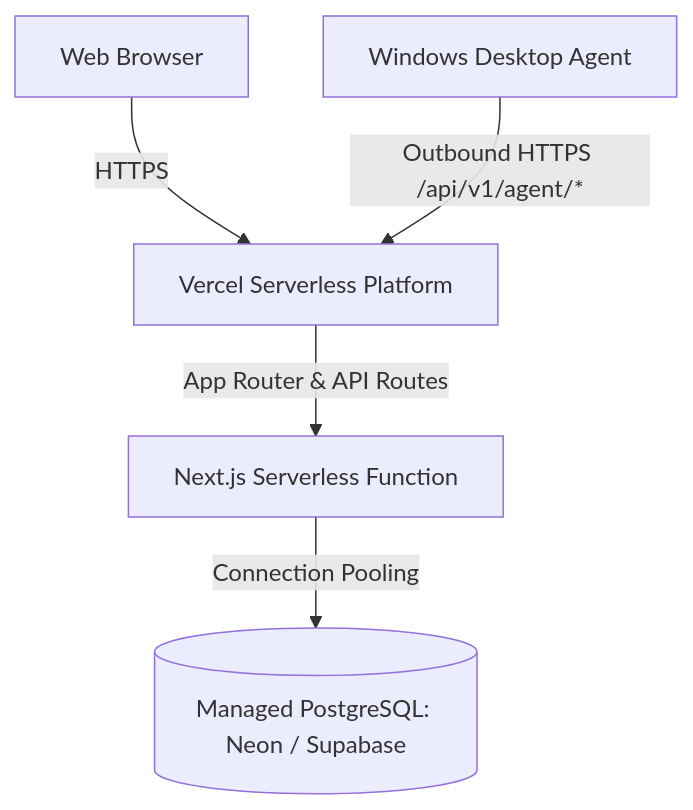
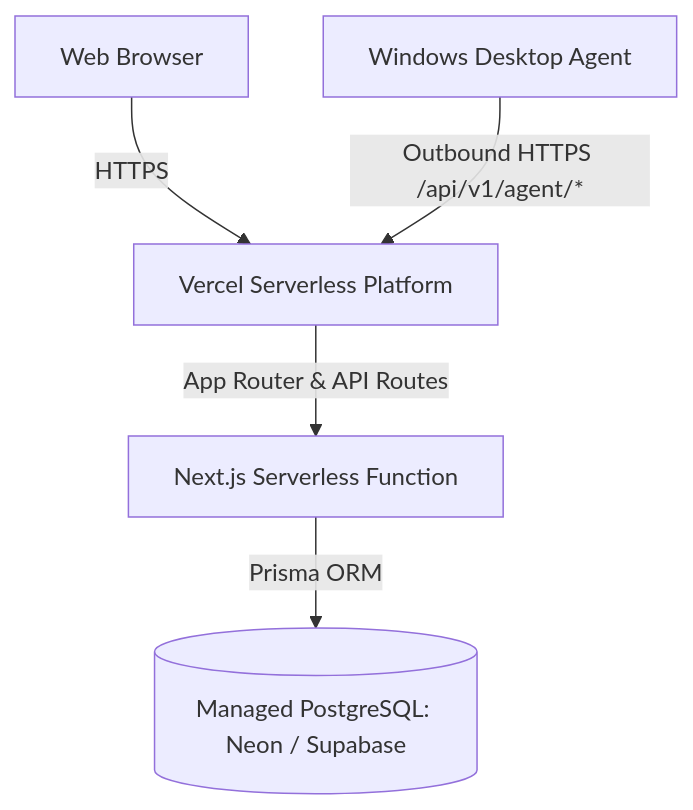
Before and after one commit to sandunbandara978-rgb/UpdatePilot: the diagram in docs/DEPLOYMENT.md, drawn with Mermaid. The commit also changed other lines of this file and 67 other files, not shown here.

````diff
--- a/docs/DEPLOYMENT.md
+++ b/docs/DEPLOYMENT.md
@@ -6,8 +6,8 @@
 ```mermaid
 graph TD
     Client[Web Browser] -->|HTTPS| VercelEdge[Vercel Serverless Platform]
     VercelEdge -->|App Router & API Routes| NextServer[Next.js Serverless Function]
-    NextServer -->|Connection Pooling| ManagedPG[(Managed PostgreSQL: Neon / Supabase)]
-    
+    NextServer -->|Prisma ORM| ManagedPG[(Managed PostgreSQL: Neon / Supabase)]
+
     Agent[Windows Desktop Agent] -->|Outbound HTTPS /api/v1/agent/*| VercelEdge
 ```
````
